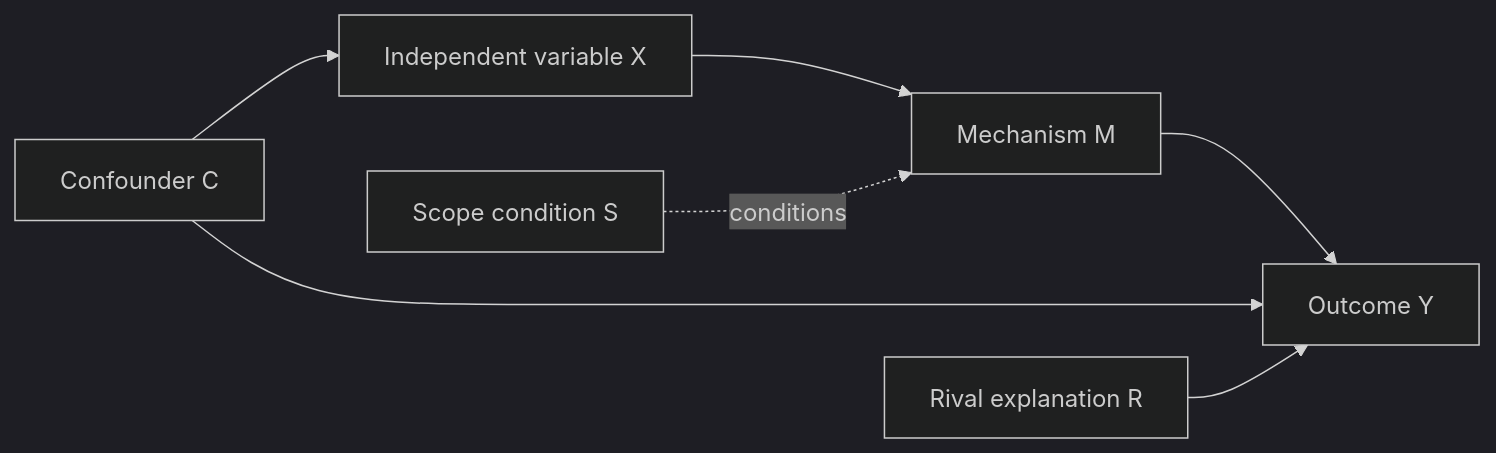
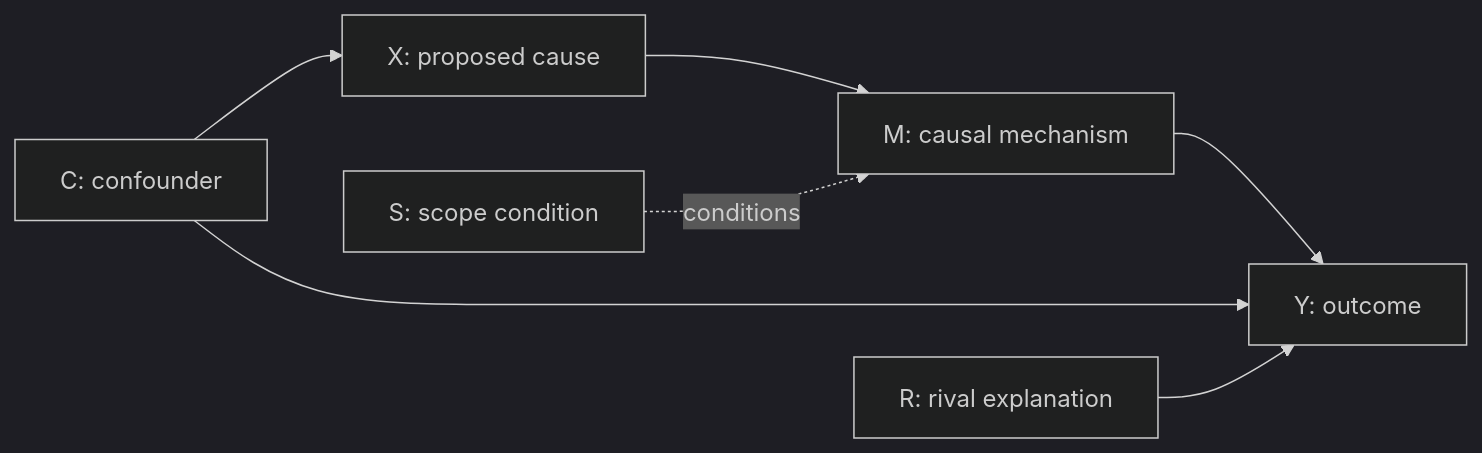
The second of 2 diagrams in references/causal-explanation.md (Y02-26/ir-research-architect-skill), drawn with Mermaid (dark theme) before and after one commit. The commit also changed other lines of this file and 3 other files, not shown here.

Commit message:
Expand causal explanation and hypothesis guidance

````diff
--- a/references/causal-explanation.md
+++ b/references/causal-explanation.md
@@ -53,9 +492,9 @@
 ```mermaid
 flowchart LR
-  X["Independent variable X"] --> M["Mechanism M"]
-  M --> Y["Outcome Y"]
-  C["Confounder C"] --> X
+  X["X: proposed cause"] --> M["M: causal mechanism"]
+  M --> Y["Y: outcome"]
+  S["S: scope condition"] -.conditions.-> M
+  C["C: confounder"] --> X
   C --> Y
-  S["Scope condition S"] -.conditions.-> M
-  R["Rival explanation R"] --> Y
+  R["R: rival explanation"] --> Y
 ```
````
